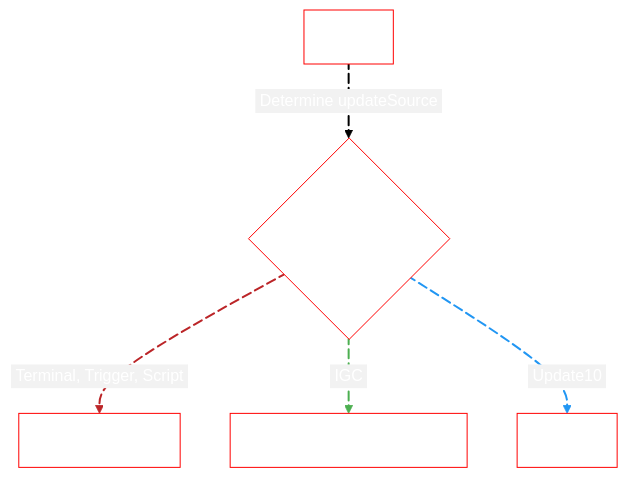
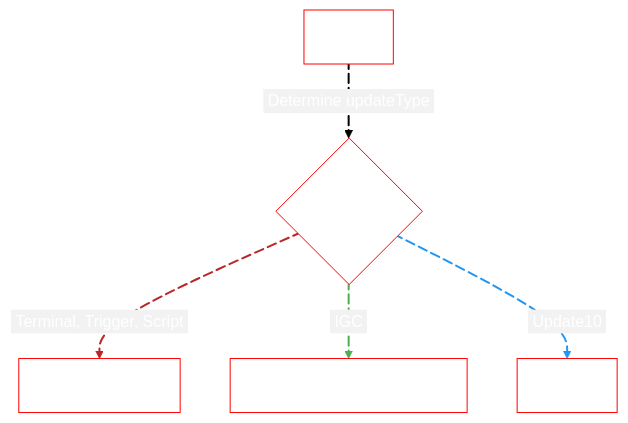
One commit to lukejamesmorrison/mother-docs changed the second of 3 diagrams in docs/Framework/Developer/GettingStarted/ArchitectureOverview.md. Above: the diagram before and after it, drawn with Mermaid. The commit also changed other lines of this file and 40 other files, not shown here.

````diff
--- a/docs/Framework/Developer/GettingStarted/ArchitectureOverview.md
+++ b/docs/Framework/Developer/GettingStarted/ArchitectureOverview.md
@@ -135,36 +136,36 @@
 ```mermaid
 %%{
   init: {
     'theme': 'base',
     'themeVariables': {
         'primaryColor': '#BB2528',
         'primaryTextColor': '#fff',
         'primaryBorderColor': '#7C0000',
         'mainBkg': 'white',
         'nodeBorder': 'red',
         'lineColor': 'black',
         'secondaryColor': '#F2F2F2',
         'secondaryBorderColor': 'black',
         'tertiaryColor': '#F2F2F2',
         'tertiaryBorderColor': 'black'
     }
   }
 }%%
 
 graph TD
-    A[Run] e1@-->|&nbsp;Determine updateSource&nbsp;| B{updateSource Type?}
+    A[Run] e1@-->|&nbsp;Determine updateType&nbsp;| B{updateType?}
     linkStyle 0 stroke-width:2px
     e1@{animation: slow}
 
     B e2@-->|&nbsp;Terminal, Trigger, Script&nbsp;| C[CommandBus]
     linkStyle 1 stroke:#BB2528,stroke-width:2px
     e2@{animation: slow}
 
     B e3@-->|&nbsp;IGC&nbsp;| D[IntergridMessageService]
     linkStyle 2 stroke:#4CAF50,stroke-width:2px
     e3@{animation: slow}
 
     B e4@-->|&nbsp;Update10&nbsp;| E[Clock]
     linkStyle 3 stroke:#2196F3,stroke-width:2px
     e4@{animation: slow}
 ```
````
